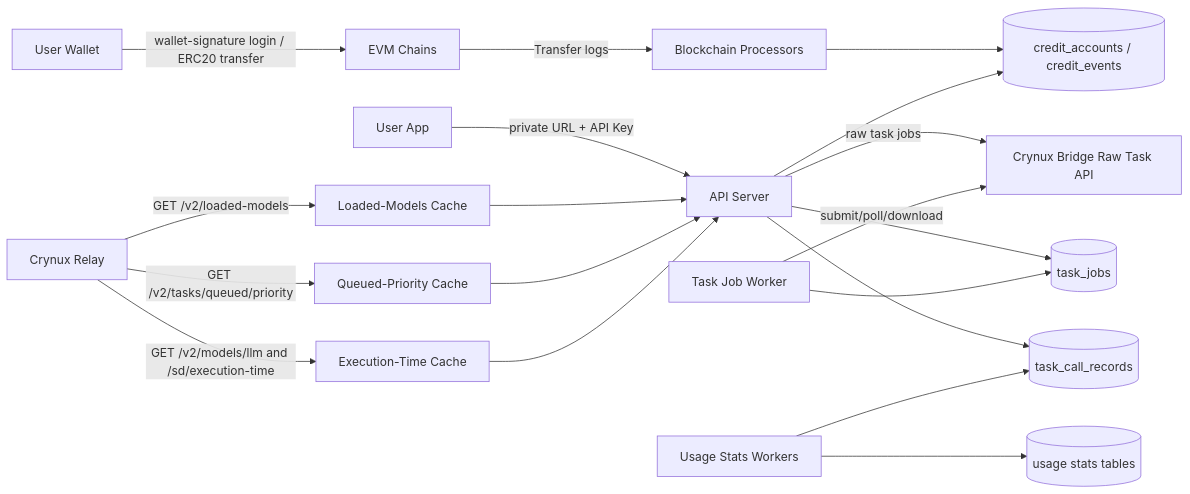
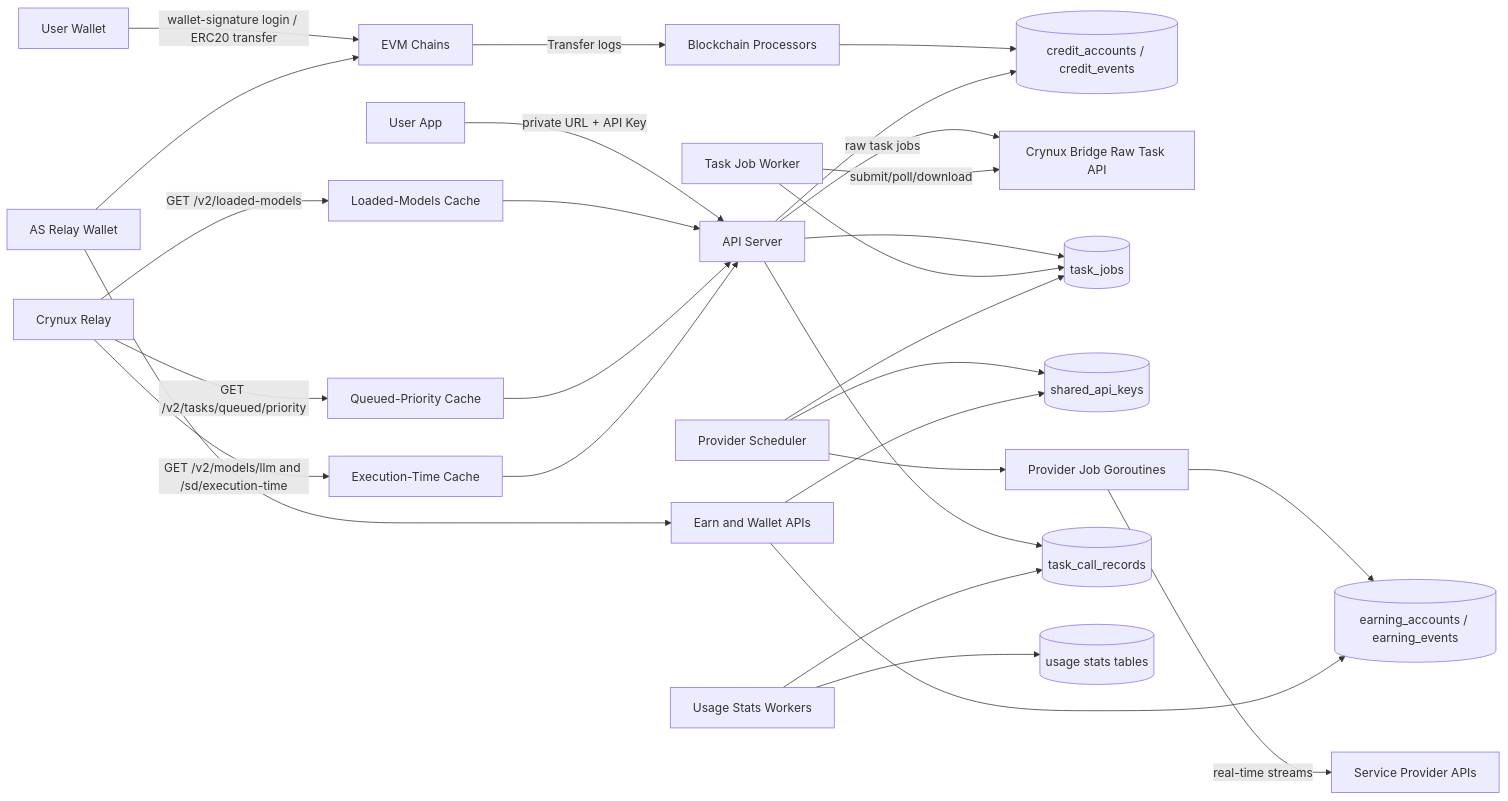
Before and after one commit to crynux-network/crynux-as: the diagram in docs/architecture.md, drawn with Mermaid. The commit also changed other lines of this file and 17 other files, not shown here.

````diff
--- a/docs/architecture.md
+++ b/docs/architecture.md
@@ -9,21 +9,30 @@
 ```mermaid
 flowchart LR
   Wallet[User Wallet] -->|"wallet-signature login / ERC20 transfer"| Chain[EVM Chains]
   Client[User App] -->|"private URL + API Key"| API[API Server]
   Chain -->|"Transfer logs"| Scanner[Blockchain Processors]
   Scanner --> Ledger[(credit_accounts / credit_events)]
   API --> Ledger
   API -->|raw task jobs| Bridge[Crynux Bridge Raw Task API]
   API --> Jobs[(task_jobs)]
   Worker[Task Job Worker] --> Jobs
   Worker -->|submit/poll/download| Bridge
+  ProviderScheduler[Provider Scheduler] --> Jobs
+  ProviderScheduler --> Keys[(shared_api_keys)]
+  ProviderScheduler --> ProviderRunner[Provider Job Goroutines]
+  ProviderRunner -->|real-time streams| Providers[Service Provider APIs]
+  ProviderRunner --> Earnings[(earning_accounts / earning_events)]
+  EarnAPI[Earn and Wallet APIs] --> Keys
+  EarnAPI --> Earnings
+  ASWallet[AS Relay Wallet] --> EarnAPI
+  ASWallet --> Chain
   API --> Records[(task_call_records)]
   Relay[Crynux Relay] -->|"GET /v2/loaded-models"| Cache[Loaded-Models Cache]
   Relay -->|"GET /v2/tasks/queued/priority"| PriorityCache[Queued-Priority Cache]
   Relay -->|"GET /v2/models/llm and /sd/execution-time"| ExecTimeCache[Execution-Time Cache]
   Cache --> API
   PriorityCache --> API
   ExecTimeCache --> API
   Stats[Usage Stats Workers] --> Records
   Stats --> Usage[(usage stats tables)]
 ```
````
